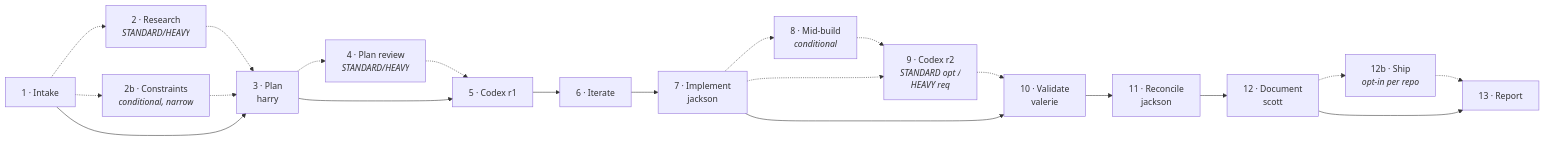
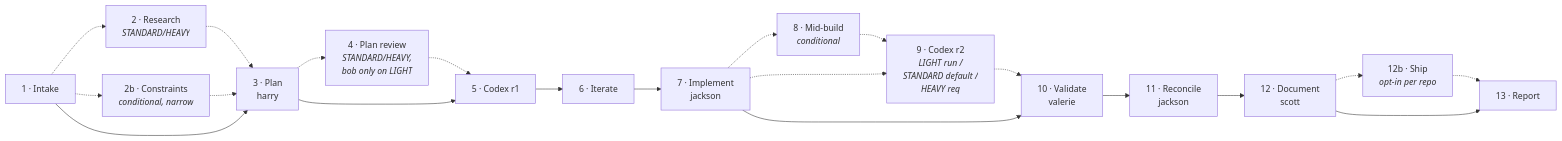
Before and after one commit to jstuart0/mozart-orchestration: the diagram in README.md, drawn with Mermaid. The commit also changed other lines of this file and 19 other files, not shown here.

````diff
--- a/README.md
+++ b/README.md
@@ -41,23 +41,23 @@
 ```mermaid
 flowchart LR
     A[1 · Intake] -.-> B[2 · Research<br/><i>STANDARD/HEAVY</i>]
     A -.-> N[2b · Constraints<br/><i>conditional, narrow</i>]
     B -.-> C[3 · Plan<br/>harry]
     N -.-> C
     A --> C
-    C -.-> D[4 · Plan review<br/><i>STANDARD/HEAVY</i>]
+    C -.-> D[4 · Plan review<br/><i>STANDARD/HEAVY,<br/>bob only on LIGHT</i>]
     D -.-> E[5 · Codex r1]
     C --> E
     E --> F[6 · Iterate]
     F --> G[7 · Implement<br/>jackson]
     G -.-> H[8 · Mid-build<br/><i>conditional</i>]
-    H -.-> I[9 · Codex r2<br/><i>STANDARD opt /<br/>HEAVY req</i>]
+    H -.-> I[9 · Codex r2<br/><i>LIGHT run /<br/>STANDARD default /<br/>HEAVY req</i>]
     G -.-> I
     I -.-> J[10 · Validate<br/>valerie]
     G --> J
     J --> K[11 · Reconcile<br/>jackson]
     K --> L[12 · Document<br/>scott]
     L -.-> S[12b · Ship<br/><i>opt-in per repo</i>]
     S -.-> M[13 · Report]
     L --> M
 ```
````
